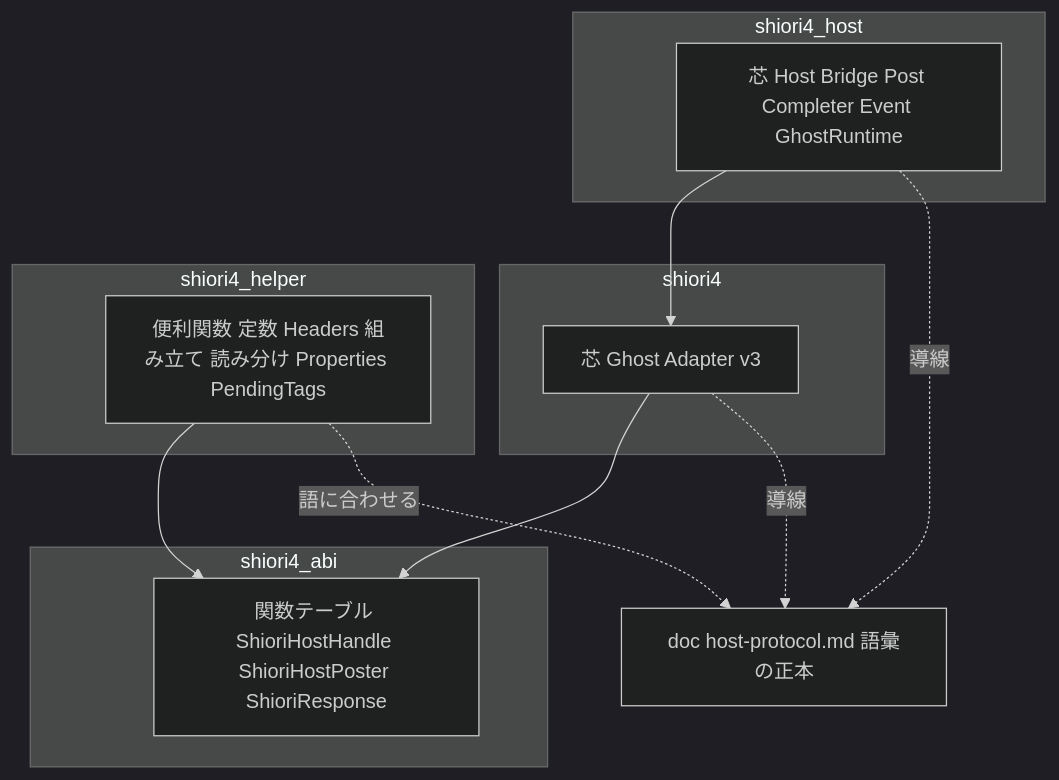
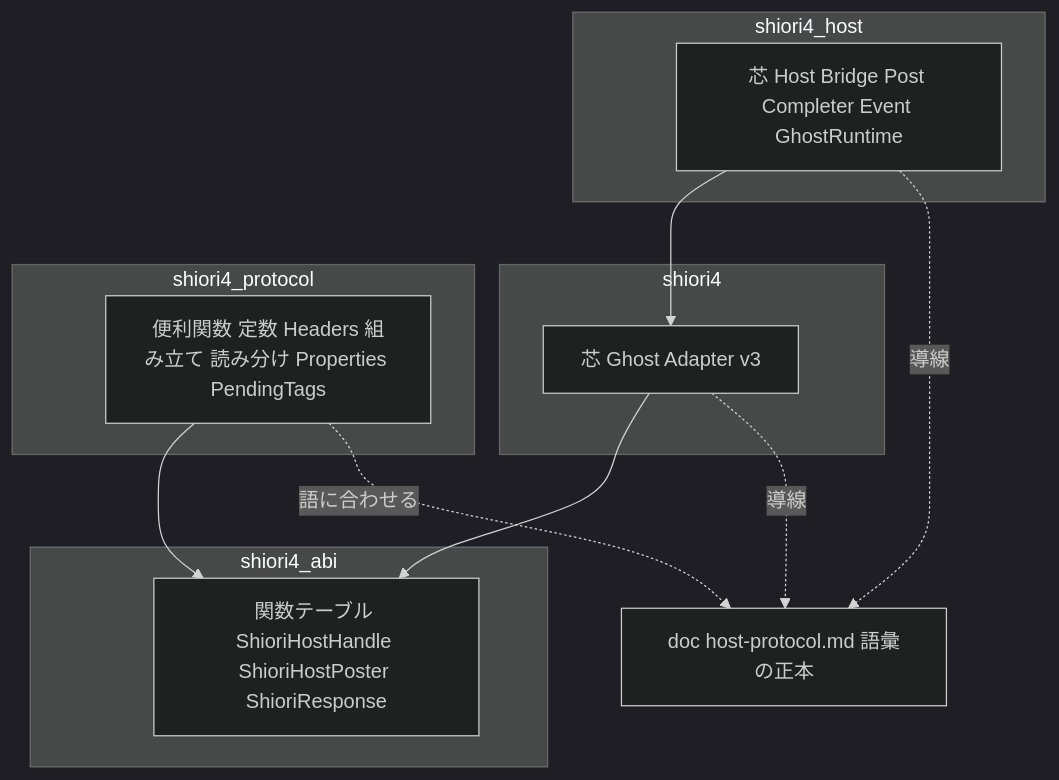
The first of 3 diagrams in .kiro/specs/host-protocol/design.md (ekicyou/shiori4), drawn with Mermaid (dark theme) before and after one commit. The commit also changed other lines of this file and 2 other files, not shown here.

Commit message:
docs(host-protocol): 設計議題10,11 を推奨案で確定（shiori4_protocol に改名）

````diff
--- a/.kiro/specs/host-protocol/design.md
+++ b/.kiro/specs/host-protocol/design.md
@@ -68,22 +68,22 @@
 ```mermaid
 graph TB
     subgraph Abi[shiori4_abi]
         AbiCore[関数テーブル ShioriHostHandle ShioriHostPoster ShioriResponse]
     end
     subgraph S4[shiori4]
         Core[芯 Ghost Adapter v3]
     end
     subgraph Host4[shiori4_host]
         HostCore[芯 Host Bridge Post Completer Event GhostRuntime]
     end
-    subgraph Helper[shiori4_helper]
+    subgraph Helper[shiori4_protocol]
         Proto[便利関数 定数 Headers 組み立て 読み分け Properties PendingTags]
     end
     Spec[doc host-protocol.md 語彙の正本]
     Core --> AbiCore
     Proto --> AbiCore
     HostCore --> Core
     Proto -.語に合わせる.-> Spec
     Core -.導線.-> Spec
     HostCore -.導線.-> Spec
 ```
````
